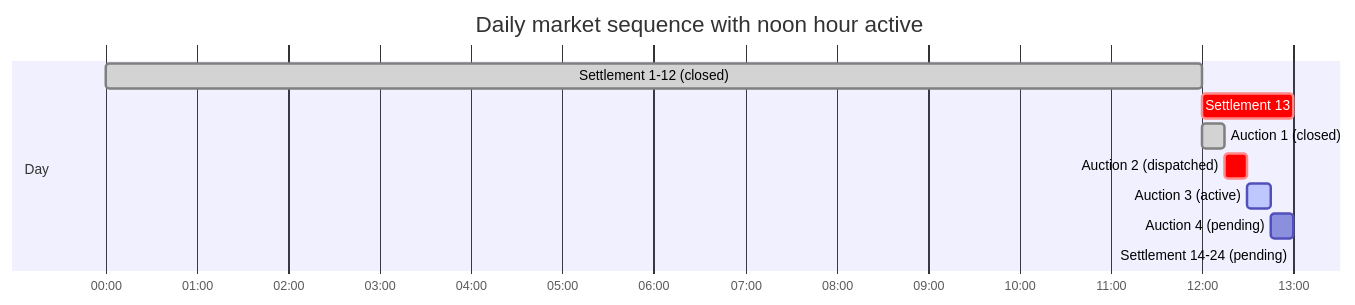
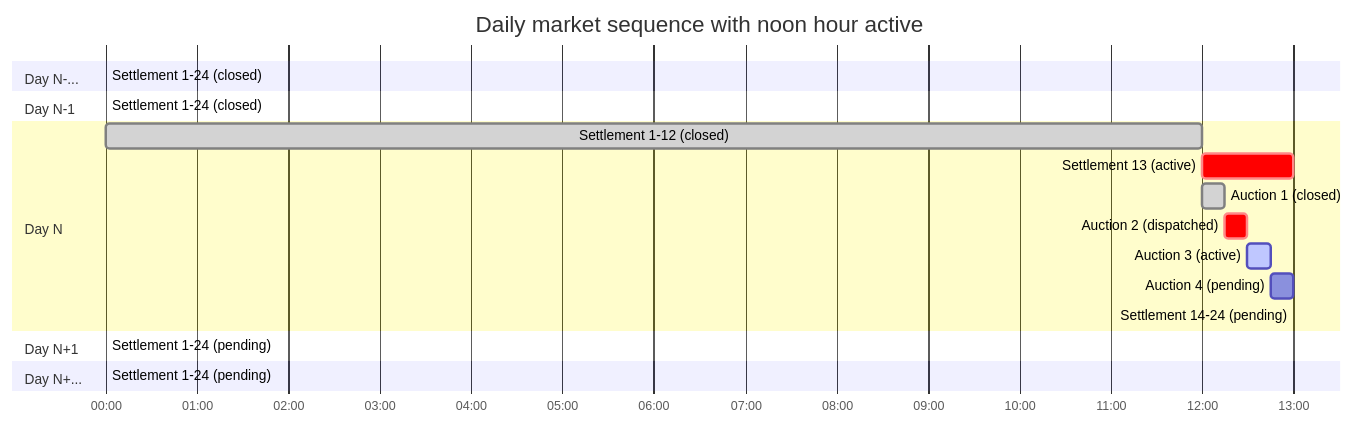
Before and after one commit to aivanova5/design: the first of 7 diagrams in docs/auction.md, drawn with Mermaid.

````diff
--- a/docs/auction.md
+++ b/docs/auction.md
@@ -10,14 +10,27 @@
 ```mermaid
 gantt
    dateFormat HH:mm
    axisFormat %H:00
    title Daily market sequence with noon hour active
-section Day 
-   Settlement 1-12 (closed): done, des0, 00:00, 12:00
-   Settlement 13: crit, des13, 12:00, 13:00
-   Auction 1 (closed): done, des1, 12:00, 12:15
-   Auction 2 (dispatched): crit, des2, after des1, 12:30
-   Auction 3 (active): active, des3, after des2, 12:45
-   Auction 4 (pending):   des4, after des3, 13:00
-   Settlement 14-24 (pending):   des14, 13:00, 24:00
+
+section Day N-...
+   Settlement 1-24 (closed): done, da00, 00:00, 24:00
+
+section Day N-1
+   Settlement 1-24 (closed): done, day1, 00:00, 24:00
+   
+section Day N
+   Settlement 1-12 (closed): done, hr0, 00:00, 12:00
+   Settlement 13 (active): crit, hr13, 12:00, 13:00
+   Auction 1 (closed): done, auc1, 12:00, 12:15
+   Auction 2 (dispatched): crit, auc2, after auc1, 12:30
+   Auction 3 (active): active, auc3, after auc2, 12:45
+   Auction 4 (pending):   auc4, after auc3, 13:00
+   Settlement 14-24 (pending):   hr14, 13:00, 24:00
+
+section Day N+1
+   Settlement 1-24 (pending): fut0, 00:00, 24:00
+
+section Day N+...
+   Settlement 1-24 (pending): fut1, 00:00, 24:00
 ```
````
